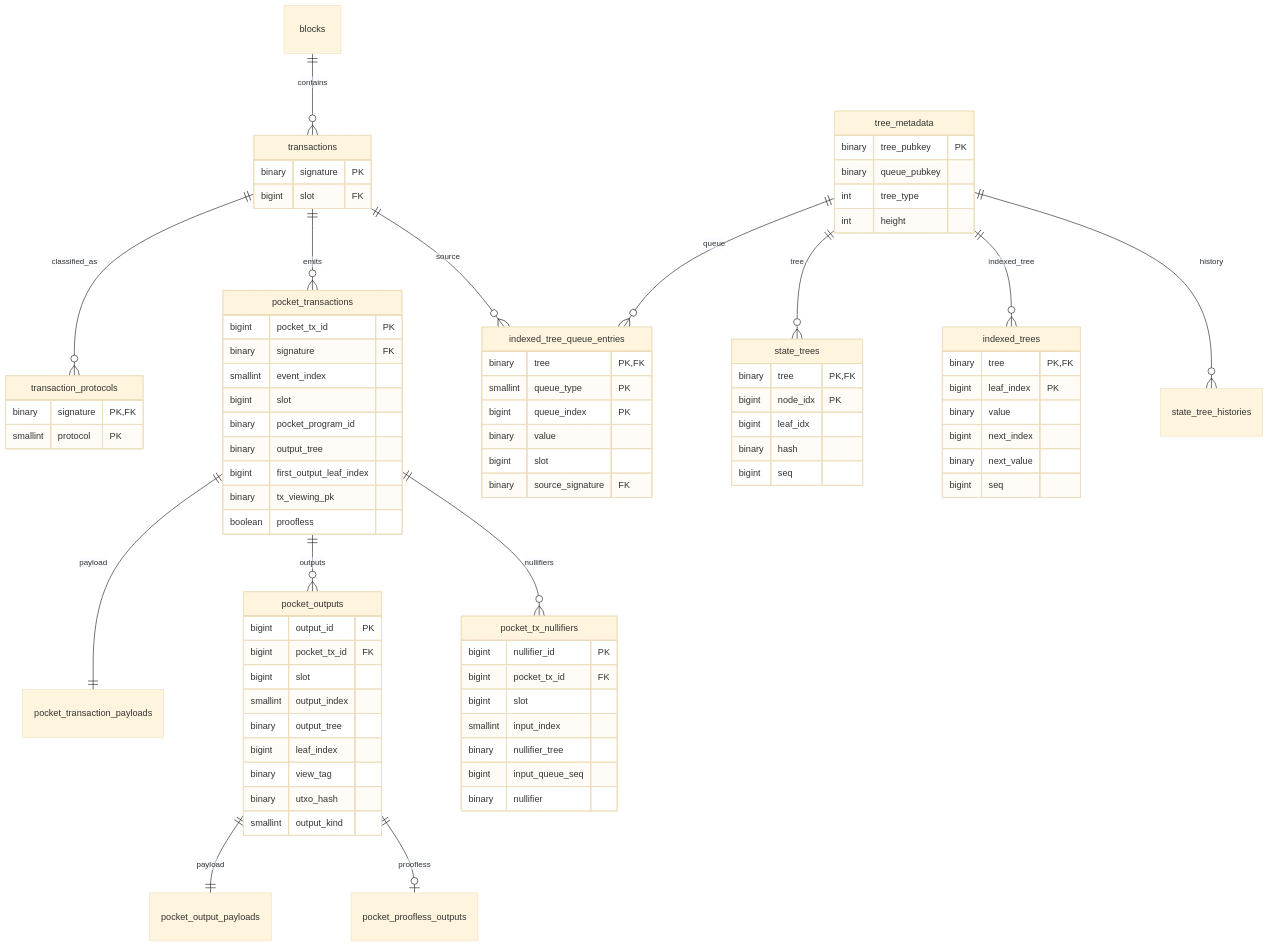
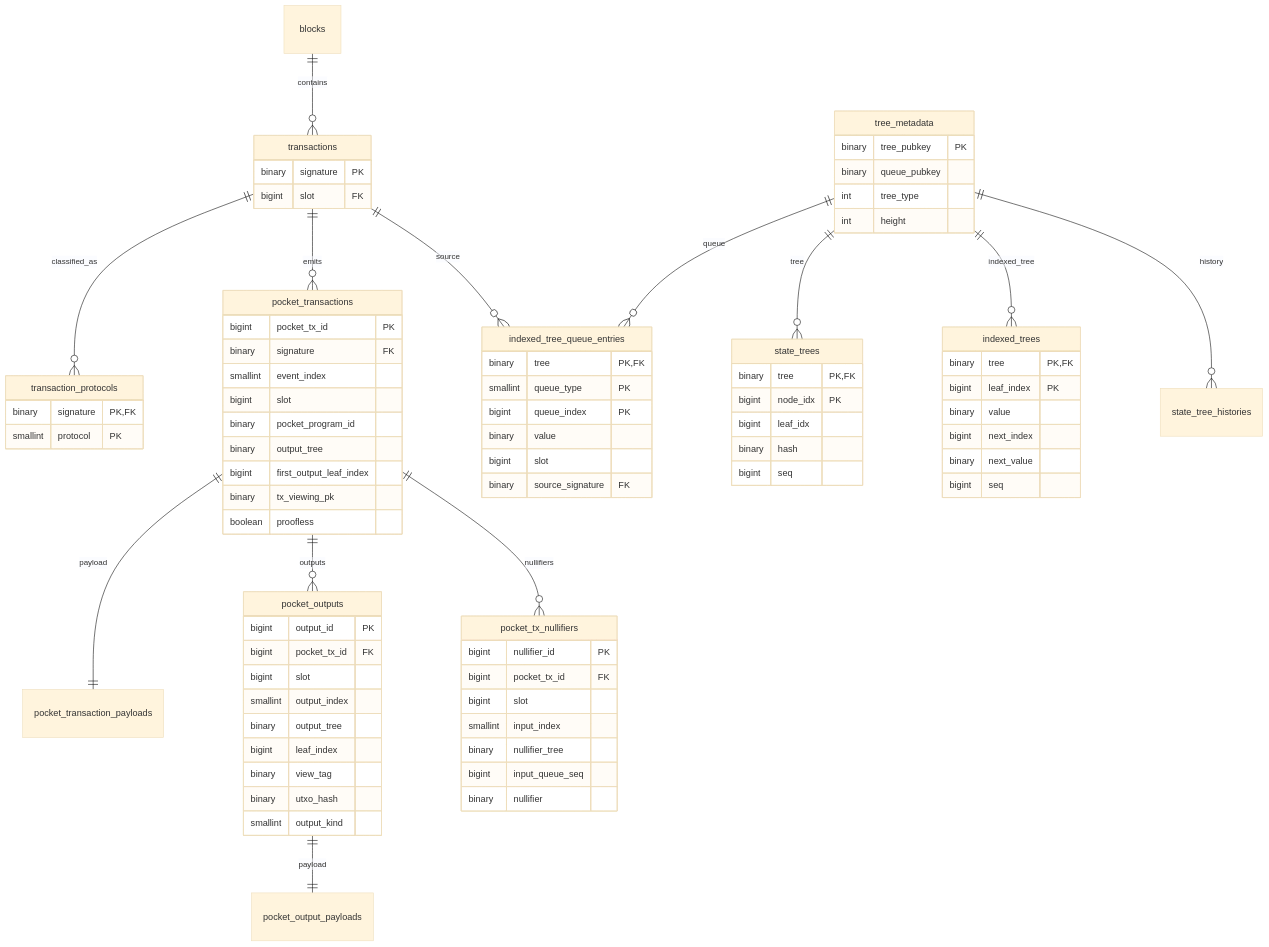
One commit to helius-labs/zolana changed the diagram in docs/photon.md. Above: the diagram before and after it, drawn with Mermaid (base theme). The commit also changed other lines of this file, not shown here.

```diff
--- a/docs/photon.md
+++ b/docs/photon.md
@@ -52,7 +51,6 @@
     pocket_transactions ||--o{ pocket_outputs : outputs
     pocket_transactions ||--o{ pocket_tx_nullifiers : nullifiers
     pocket_outputs ||--|| pocket_output_payloads : payload
-    pocket_outputs ||--o| pocket_proofless_outputs : proofless
 
     transactions {
         binary signature PK
```
